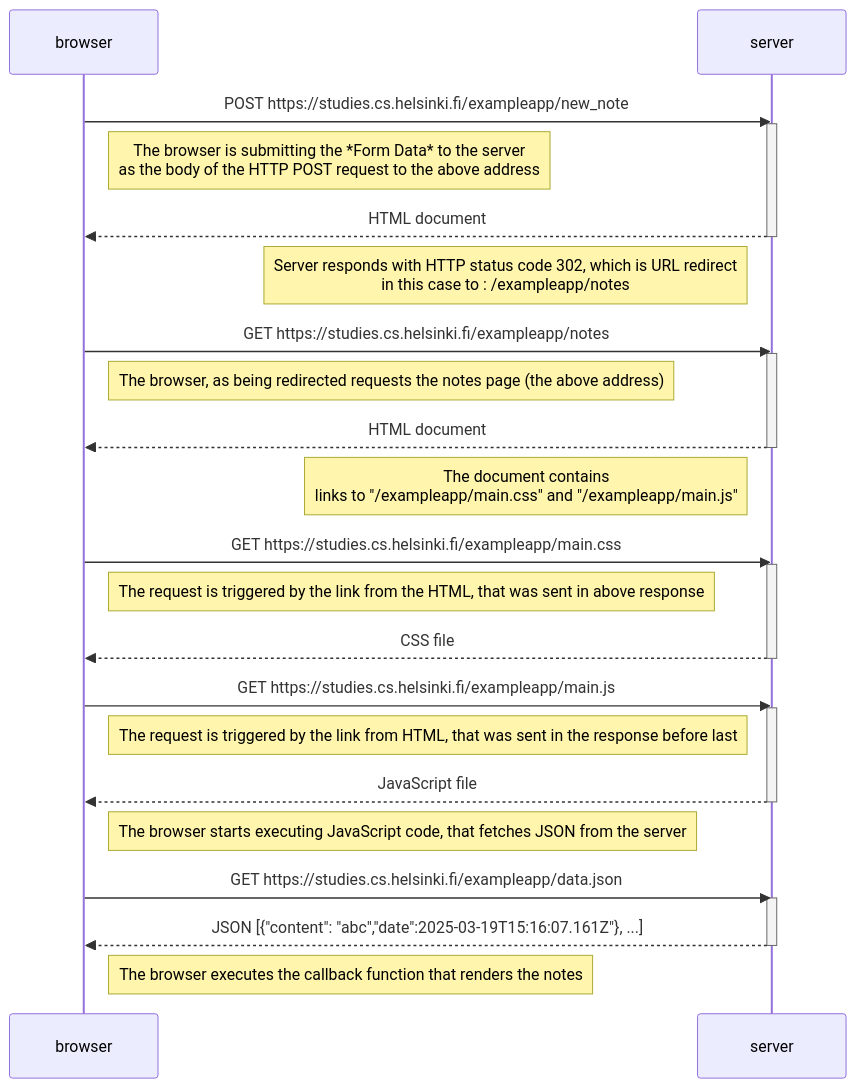
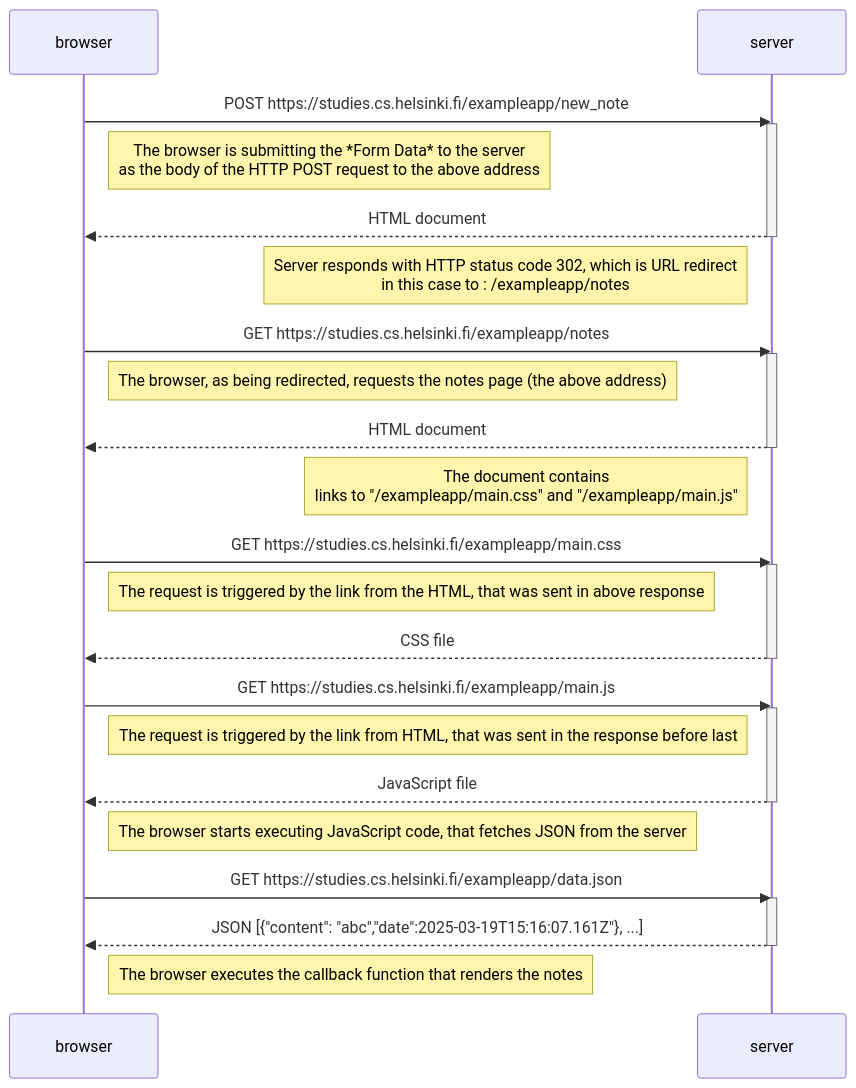
The diagram in Part0/exercise_04_new-note-diagram.md (KiruF/FullstackOpenCourse), drawn with Mermaid before and after one commit.

Commit message:
missing comma Added

````diff
--- a/Part0/exercise_04_new-note-diagram.md
+++ b/Part0/exercise_04_new-note-diagram.md
@@ -1,51 +1,51 @@
 ```mermaid
 
 sequenceDiagram
 
 participant browser
 participant server
 
 
 browser->>server: POST https://studies.cs.helsinki.fi/exampleapp/new_note
 activate server
 Note right of browser: The browser is submitting the *Form Data* to the server<br>as the body of the HTTP POST request to the above address
 
 server-->>browser:HTML document
 deactivate server
 Note left of  server: Server responds with HTTP status code 302, which is URL redirect<br>in this case to : /exampleapp/notes
 
 
 browser->>server: GET https://studies.cs.helsinki.fi/exampleapp/notes
 activate server
-Note right of browser: The browser, as being redirected requests the notes page (the above address)
+Note right of browser: The browser, as being redirected, requests the notes page (the above address)
 
 server -->>browser: HTML document
 deactivate server
 Note left of server: The document contains<br>links to "/exampleapp/main.css" and "/exampleapp/main.js"
 
 
 browser->>server: GET https://studies.cs.helsinki.fi/exampleapp/main.css
 activate server
 Note right of browser: The request is triggered by the link from the HTML, that was sent in above response
 
 server-->>browser: CSS file
 deactivate server
 
 
 browser->>server: GET https://studies.cs.helsinki.fi/exampleapp/main.js
 activate server
 Note right of browser: The request is triggered by the link from HTML, that was sent in the response before last
 
 server-->>browser: JavaScript file
 deactivate server
 Note right of browser: The browser starts executing JavaScript code, that fetches JSON from the server
 
 
 browser->>server: GET https://studies.cs.helsinki.fi/exampleapp/data.json
 activate server
 
 server-->>browser: JSON [{"content": "abc","date":2025-03-19T15:16:07.161Z"}, ...]
 deactivate server
 Note right of browser: The browser executes the callback function that renders the notes
 
 ```
````
